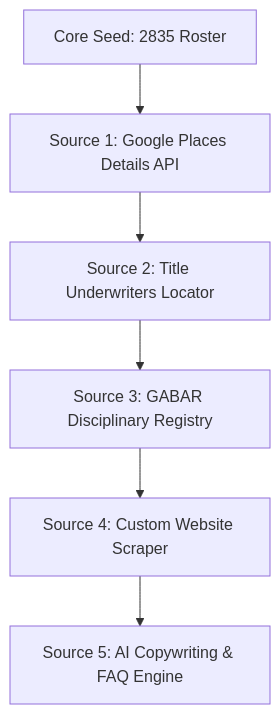
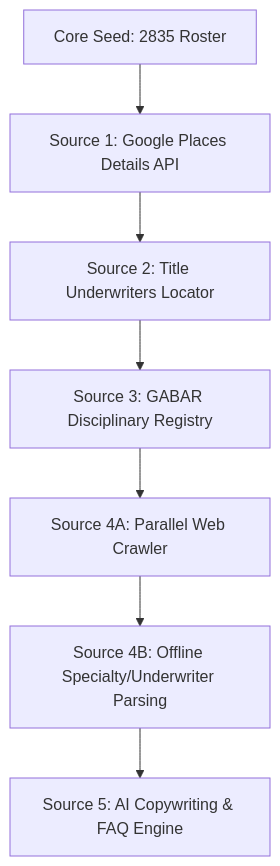
One commit to tamo42/bigfoot-blueprint changed the diagram in 02-workbench/georgia-closing-attorneys/p3_enrichment-plan.md. Above: the diagram before and after it, drawn with Mermaid. The commit also changed other lines of this file and 14 other files, not shown here.

````diff
--- a/02-workbench/georgia-closing-attorneys/p3_enrichment-plan.md
+++ b/02-workbench/georgia-closing-attorneys/p3_enrichment-plan.md
@@ -23,8 +23,9 @@
 ```mermaid
 graph TD
     A[Core Seed: 2835 Roster] --> B[Source 1: Google Places Details API]
     B --> C[Source 2: Title Underwriters Locator]
     C --> D[Source 3: GABAR Disciplinary Registry]
-    D --> E[Source 4: Custom Website Scraper]
-    E --> F[Source 5: AI Copywriting & FAQ Engine]
+    D --> E1[Source 4A: Parallel Web Crawler]
+    E1 --> E2[Source 4B: Offline Specialty/Underwriter Parsing]
+    E2 --> F[Source 5: AI Copywriting & FAQ Engine]
 ```
````
